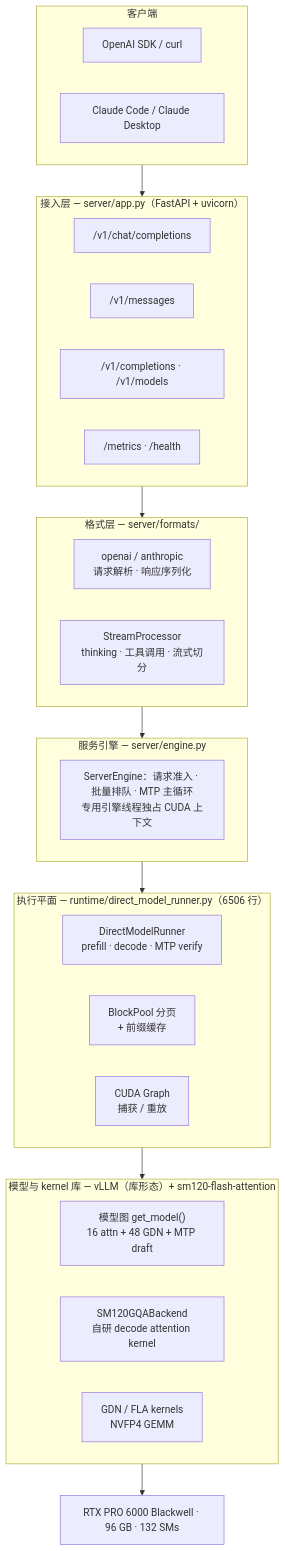
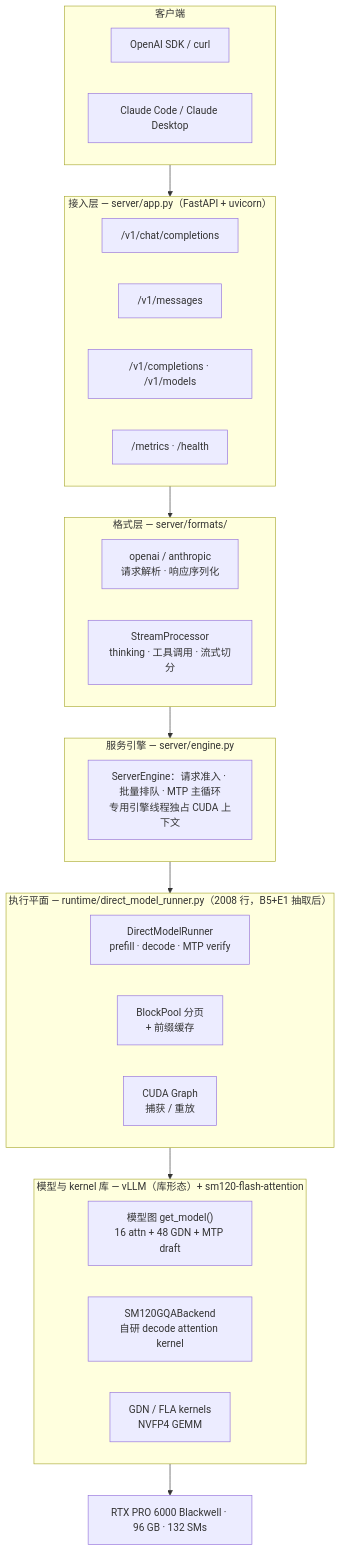
The first of 5 diagrams in docs/architecture.md (jieen1/BlackweLLM), drawn with Mermaid before and after one commit. The commit also changed other lines of this file and 3 other files, not shown here.

````diff
--- a/docs/architecture.md
+++ b/docs/architecture.md
@@ -49,37 +51,37 @@
 ```mermaid
 flowchart TB
     subgraph clients["客户端"]
         direction LR
         c1["OpenAI SDK / curl"]
         c2["Claude Code / Claude Desktop"]
     end
     subgraph api["接入层 — server/app.py（FastAPI + uvicorn）"]
         direction LR
         ep1["/v1/chat/completions"]
         ep2["/v1/messages"]
         ep3["/v1/completions · /v1/models"]
         ep4["/metrics · /health"]
     end
     subgraph fmt["格式层 — server/formats/"]
         direction LR
         f1["openai / anthropic<br/>请求解析 · 响应序列化"]
         f2["StreamProcessor<br/>thinking · 工具调用 · 流式切分"]
     end
     subgraph eng["服务引擎 — server/engine.py"]
         e1["ServerEngine：请求准入 · 批量排队 · MTP 主循环<br/>专用引擎线程独占 CUDA 上下文"]
     end
-    subgraph rt["执行平面 — runtime/direct_model_runner.py（6506 行）"]
+    subgraph rt["执行平面 — runtime/direct_model_runner.py（2008 行，B5+E1 抽取后）"]
         direction LR
         r1["DirectModelRunner<br/>prefill · decode · MTP verify"]
         r2["BlockPool 分页<br/>+ 前缀缓存"]
         r3["CUDA Graph<br/>捕获 / 重放"]
     end
     subgraph lib["模型与 kernel 库 — vLLM（库形态）+ sm120-flash-attention"]
         direction LR
         v1["模型图 get_model()<br/>16 attn + 48 GDN + MTP draft"]
         v2["SM120GQABackend<br/>自研 decode attention kernel"]
         v3["GDN / FLA kernels<br/>NVFP4 GEMM"]
     end
     gpu["RTX PRO 6000 Blackwell · 96 GB · 132 SMs"]
     clients --> api --> fmt --> eng --> rt --> lib --> gpu
 ```
````
